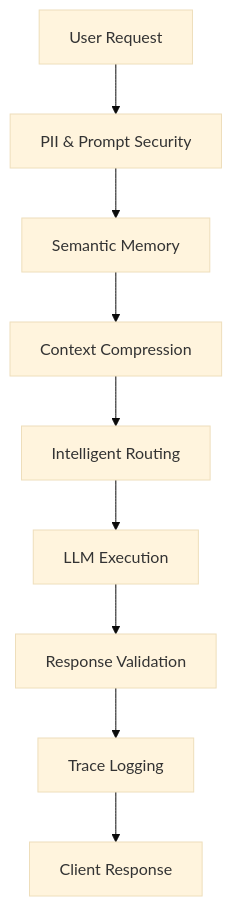
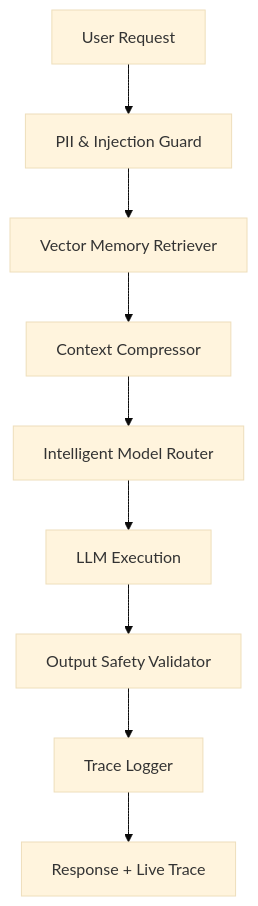
One commit to dishi575/contextos changed the first of 2 diagrams in README.md. Above: the diagram before and after it, drawn with Mermaid (base theme). The commit also changed other lines of this file, not shown here.

````diff
--- a/README.md
+++ b/README.md
@@ -61,15 +25,14 @@
 ```mermaid
 flowchart TD
-
 A[User Request]
-B[PII & Prompt Security]
-C[Semantic Memory]
-D[Context Compression]
-E[Intelligent Routing]
+B[PII & Injection Guard]
+C[Vector Memory Retriever]
+D[Context Compressor]
+E[Intelligent Model Router]
 F[LLM Execution]
-G[Response Validation]
-H[Trace Logging]
-I[Client Response]
+G[Output Safety Validator]
+H[Trace Logger]
+I[Response + Live Trace]
 
 A-->B-->C-->D-->E-->F-->G-->H-->I
 ```
````
